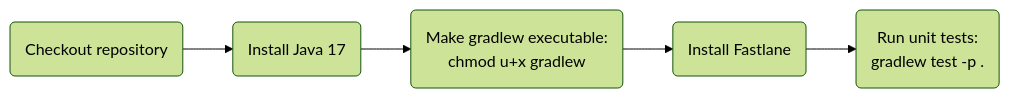
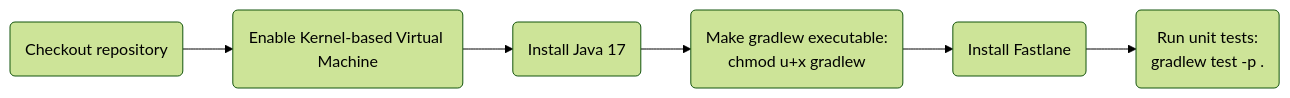
One commit to Abhiek187/ez-recipes-android changed the first of 4 diagrams in README.md. Above: the diagram before and after it, drawn with Mermaid (forest theme). The commit also changed other lines of this file and 2 other files, not shown here.

````diff
--- a/README.md
+++ b/README.md
@@ -40,8 +40,9 @@
 ```mermaid
 flowchart LR
 
-A(Checkout repository) --> B(Install Java 17)
-B --> C(Make gradlew executable:\nchmod u+x gradlew)
-C --> D(Install Fastlane)
-D --> E(Run unit tests:\ngradlew test -p .)
+A(Checkout repository) --> B(Enable Kernel-based Virtual Machine)
+B --> C(Install Java 17)
+C --> D(Make gradlew executable:\nchmod u+x gradlew)
+D --> E(Install Fastlane)
+E --> F(Run unit tests:\ngradlew test -p .)
 ```
````
